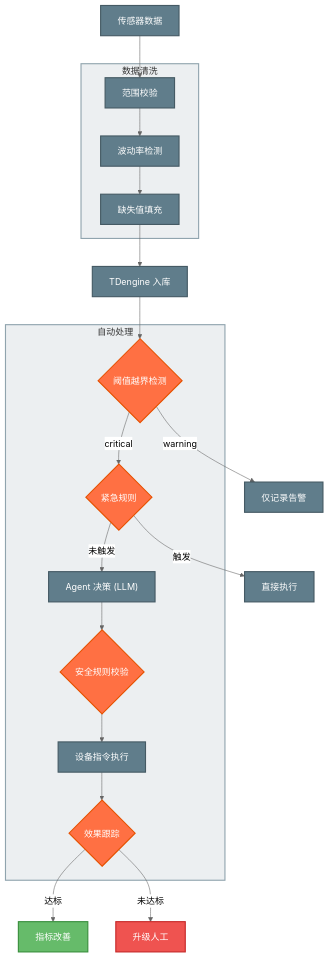
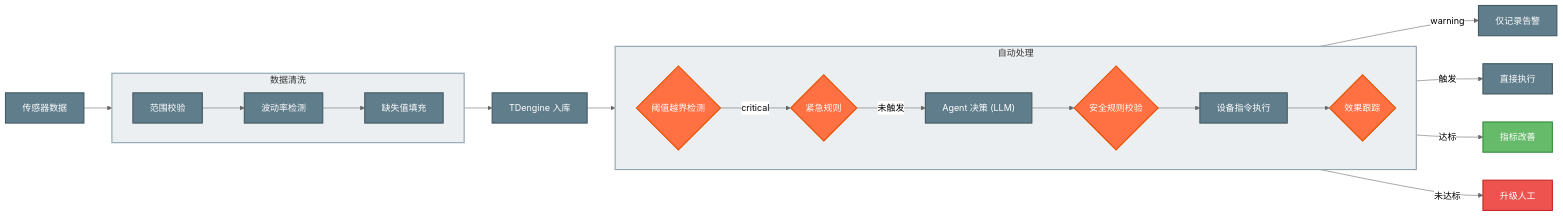
Before and after one commit to Edgar-0919/Fishery-Backend: the second of 2 diagrams in README.md, drawn with Mermaid (neutral theme). The commit also changed other lines of this file, not shown here.

````diff
--- a/README.md
+++ b/README.md
@@ -56,54 +58,56 @@
 ```mermaid
-flowchart TD
+flowchart LR
     classDef node fill:#607D8B,stroke:#455A64,stroke-width:2px,color:#FFFFFF
     classDef decision fill:#FF7043,stroke:#E65100,stroke-width:2px,color:#FFFFFF
     classDef emergency fill:#EF5350,stroke:#C62828,stroke-width:2px,color:#FFFFFF
     classDef success fill:#66BB6A,stroke:#388E3C,stroke-width:2px,color:#FFFFFF
 
     Start["传感器数据"] --> Clean1["范围校验"]
     Clean1 --> Clean2["波动率检测"]
     Clean2 --> Clean3["缺失值填充"]
     Clean3 --> Store["TDengine 入库"]
     
     Store --> Detect{"阈值越界检测"}
     
     Detect -->|"warning"| Log["仅记录告警"]
     
     Detect -->|"critical"| Emergency{"紧急规则"}
     
     Emergency -->|"触发"| DirectExec["直接执行"]
     
     Emergency -->|"未触发"| LLM["Agent 决策 (LLM)"]
     
     LLM --> Safety{"安全规则校验"}
     
     Safety --> Exec["设备指令执行"]
     
     Exec --> Effect{"效果跟踪"}
     
     Effect -->|"达标"| Success["指标改善"]
     
     Effect -->|"未达标"| Escalate["升级人工"]
     
     subgraph Clean["数据清洗"]
         style Clean fill:#ECEFF1,stroke:#90A4AE,stroke-width:2px
+        direction LR
         Clean1
         Clean2
         Clean3
     end
     
     subgraph Auto["自动处理"]
         style Auto fill:#ECEFF1,stroke:#90A4AE,stroke-width:2px
+        direction LR
         Detect
         Emergency
         LLM
         Safety
         Exec
         Effect
     end
 
     class Start,Clean1,Clean2,Clean3,Store,Log,DirectExec,LLM,Exec node
     class Detect,Emergency,Safety,Effect decision
     class Escalate emergency
     class Success success
 ```
````
